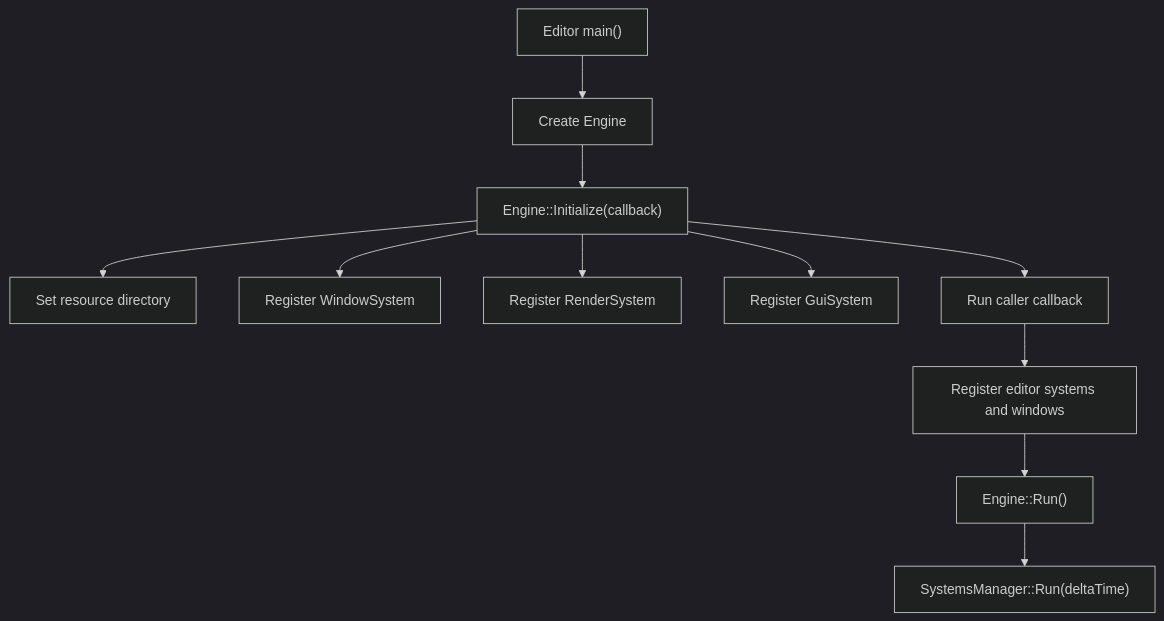
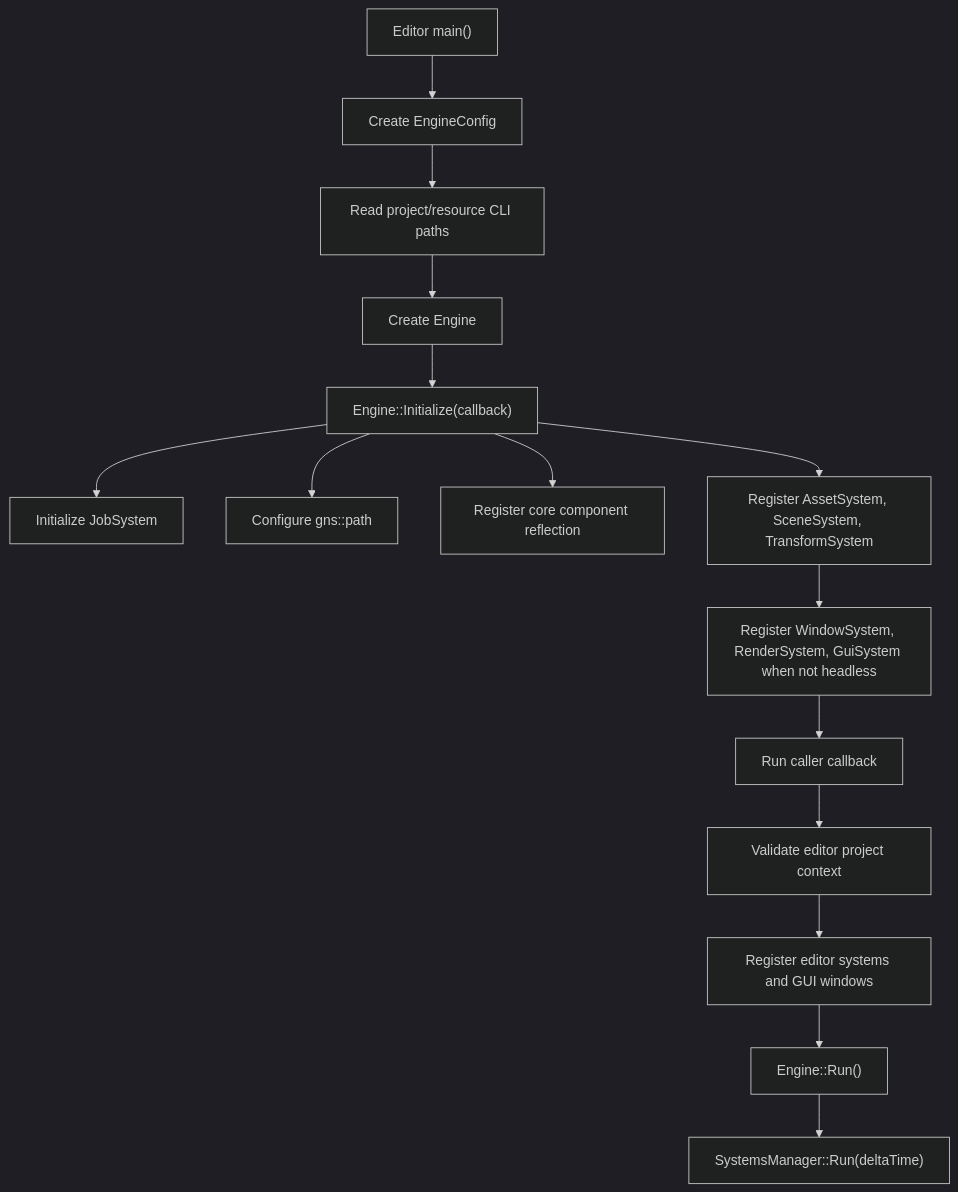
The first of 2 diagrams in docs/runtime-architecture.md (varigeri92/GenesisEngine2026), drawn with Mermaid (dark theme) before and after one commit. The commit also changed other lines of this file and 12 other files, not shown here.

````diff
--- a/docs/runtime-architecture.md
+++ b/docs/runtime-architecture.md
@@ -7,13 +9,17 @@
 ```mermaid
 flowchart TD
-    A["Editor main()"] --> B["Create Engine"]
-    B --> C["Engine::Initialize(callback)"]
-    C --> D["Set resource directory"]
-    C --> E["Register WindowSystem"]
-    C --> F["Register RenderSystem"]
-    C --> G["Register GuiSystem"]
-    C --> H["Run caller callback"]
-    H --> I["Register editor systems and windows"]
-    I --> J["Engine::Run()"]
-    J --> K["SystemsManager::Run(deltaTime)"]
+    A["Editor main()"] --> B["Create EngineConfig"]
+    B --> C["Read project/resource CLI paths"]
+    C --> D["Create Engine"]
+    D --> E["Engine::Initialize(callback)"]
+    E --> F["Initialize JobSystem"]
+    E --> G["Configure gns::path"]
+    E --> H["Register core component reflection"]
+    E --> I["Register AssetSystem, SceneSystem, TransformSystem"]
+    I --> J["Register WindowSystem, RenderSystem, GuiSystem when not headless"]
+    J --> K["Run caller callback"]
+    K --> L["Validate editor project context"]
+    L --> M["Register editor systems and GUI windows"]
+    M --> N["Engine::Run()"]
+    N --> O["SystemsManager::Run(deltaTime)"]
 ```
````
